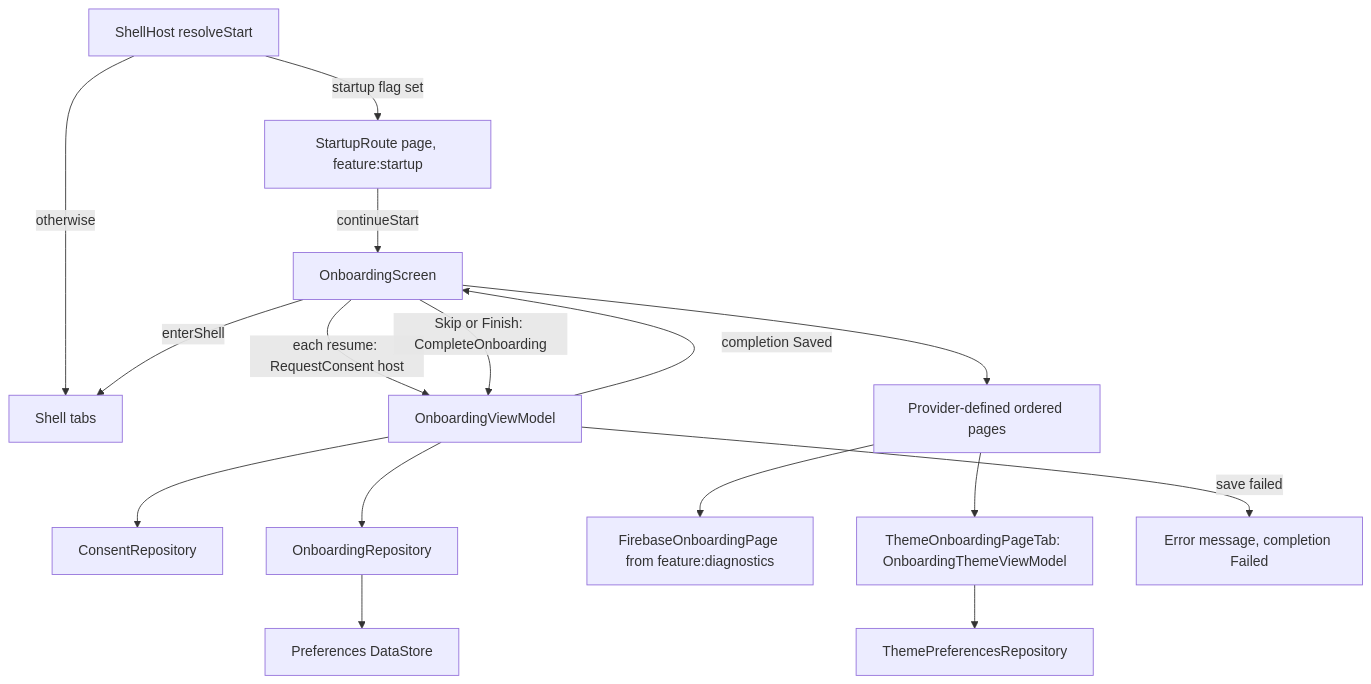
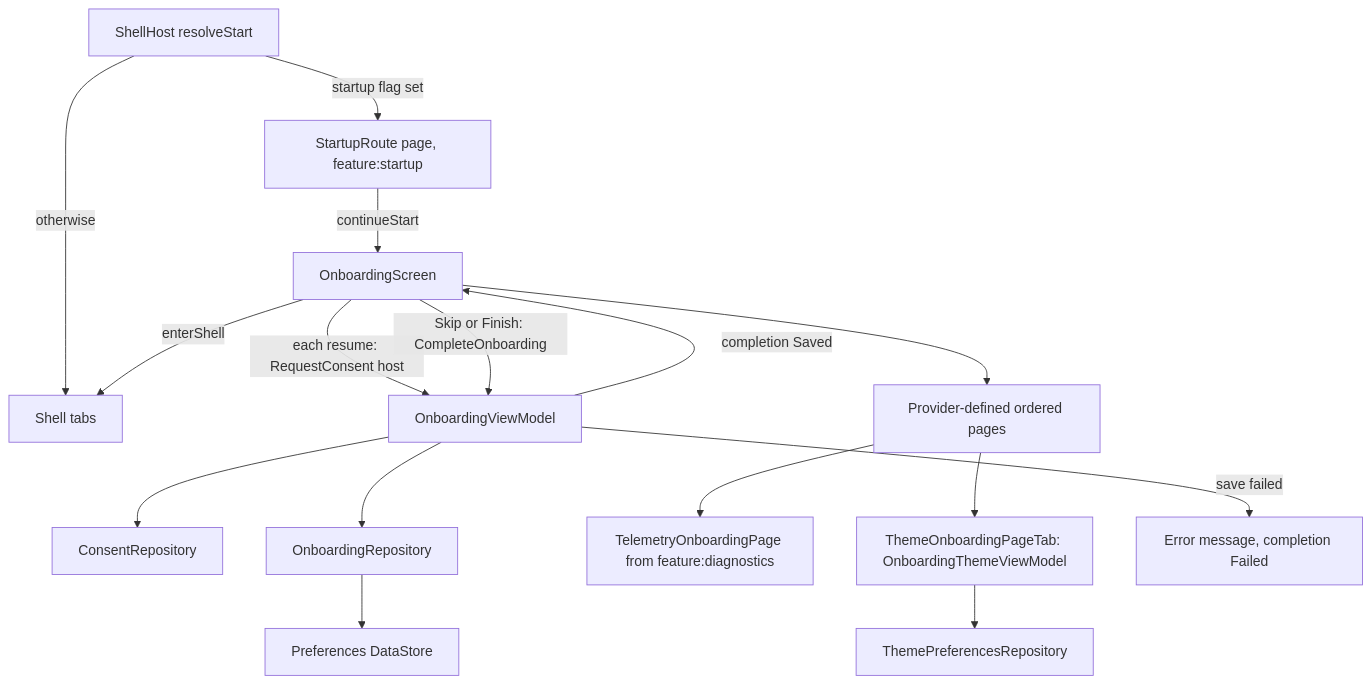
The diagram in library/feature/onboarding/README.md (MihaiCristianCondrea/App-Toolkit-for-Android), drawn with Mermaid before and after one commit. The commit also changed other lines of this file and 139 other files, not shown here.

````diff
--- a/library/feature/onboarding/README.md
+++ b/library/feature/onboarding/README.md
@@ -87,18 +87,18 @@
 ```mermaid
 flowchart TD
     Host[ShellHost resolveStart] -->|startup flag set| Startup[StartupRoute page, feature:startup]
     Host -->|otherwise| Tabs[Shell tabs]
     Startup -->|continueStart| Screen[OnboardingScreen]
     Screen -->|each resume: RequestConsent host| VM[OnboardingViewModel]
     VM --> Consent[ConsentRepository]
     Screen --> Pages[Provider-defined ordered pages]
     Pages --> Theme[ThemeOnboardingPageTab: OnboardingThemeViewModel]
     Theme --> ThemeRepo[ThemePreferencesRepository]
-    Pages --> Diagnostics[FirebaseOnboardingPage from feature:diagnostics]
+    Pages --> Diagnostics[TelemetryOnboardingPage from feature:diagnostics]
     Screen -->|Skip or Finish: CompleteOnboarding| VM
     VM --> Completion[OnboardingRepository]
     Completion --> Store[Preferences DataStore]
     VM -->|completion Saved| Screen
     VM -->|save failed| Message[Error message, completion Failed]
     Screen -->|enterShell| Tabs
 ```
````
